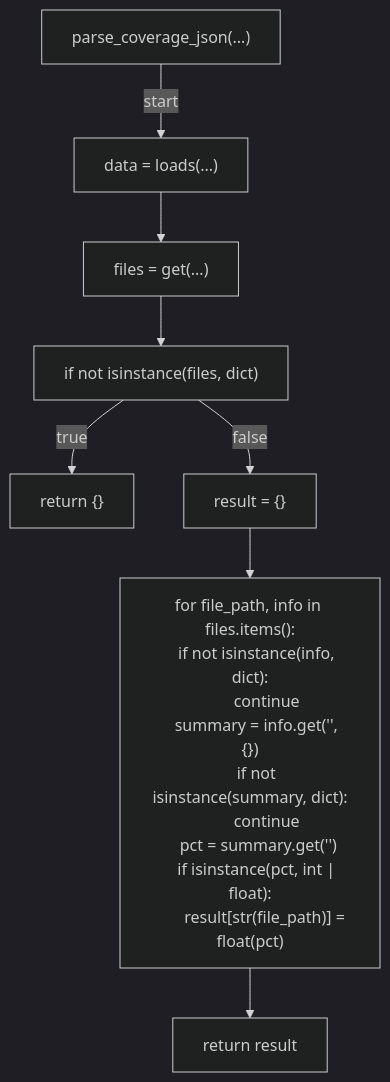
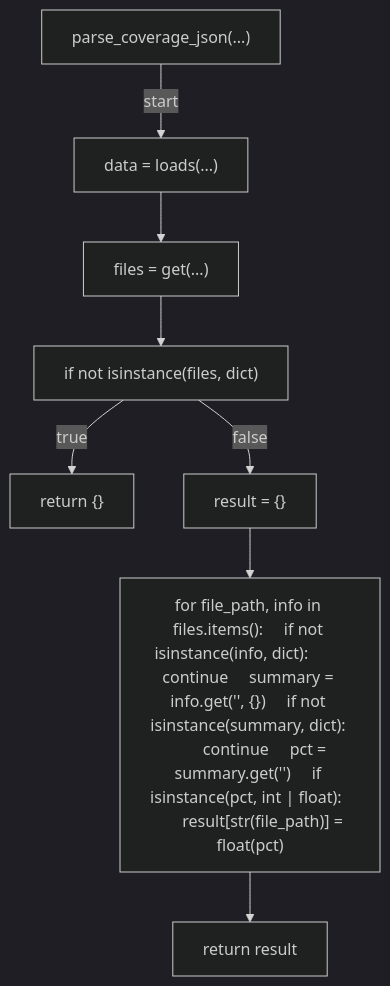
The third of 5 diagrams in docs/generated/scripts/ast/preflight_coverage.md (tvna/claude-md), drawn with Mermaid (dark theme) before and after one commit. The commit also changed other lines of this file and 29 other files, not shown here.

First line of the commit message:
docs(generated): regenerate decision tree and workflow diagrams (batch 3/5)

````diff
--- a/docs/generated/scripts/ast/preflight_coverage.md
+++ b/docs/generated/scripts/ast/preflight_coverage.md
@@ -51,26 +51,18 @@
 ```mermaid
 flowchart TD
     N001["parse_coverage_json(...)"]
     N002["data = loads(...)"]
     N003["files = get(...)"]
     N004["if not isinstance(files, dict)"]
     N005["return {}"]
     N006["result = {}"]
-    N007["for file_path, info in files.items():
-    if not isinstance(info, dict):
-        continue
-    summary = info.get('<str>', {})
-    if not isinstance(summary, dict):
-        continue
-    pct = summary.get('<str>')
-    if isinstance(pct, int | float):
-        result[str(file_path)] = float(pct)"]
+    N007["for file_path, info in files.items():     if not isinstance(info, dict):         continue     summary = info.get('<str>', {})     if not isinstance(summary, dict):         continue     pct = summary.get('<str>')     if isinstance(pct, int | float):         result[str(file_path)] = float(pct)"]
     N008["return result"]
     N001 -->|"start"| N002
     N002 --> N003
     N003 --> N004
     N004 -->|"true"| N005
     N004 -->|"false"| N006
     N006 --> N007
     N007 --> N008
 ```
````
